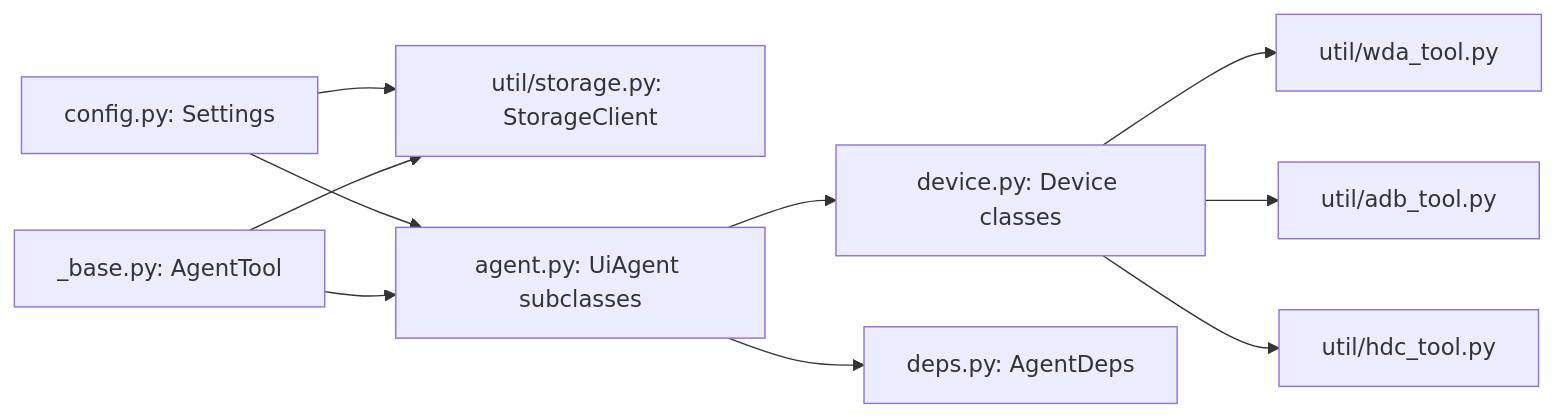
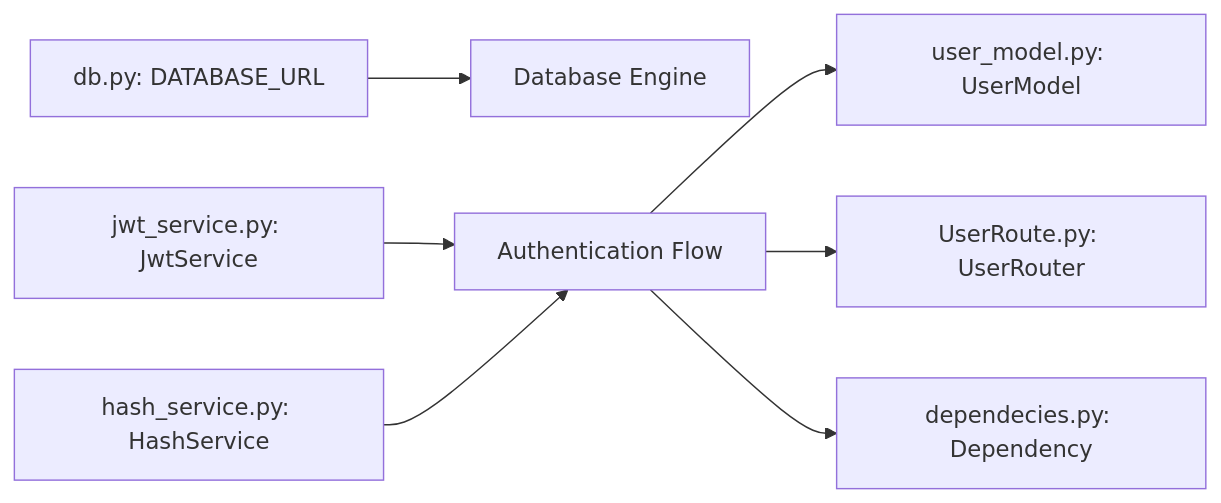
Before and after one commit to srikant-panda/auth-service: the third of 4 diagrams in .qoder/repowiki/en/content/Advanced Topics/Security and Compliance.md, drawn with Mermaid. The commit also changed other lines of this file and 9 other files, not shown here.

````diff
--- a/.qoder/repowiki/en/content/Advanced Topics/Security and Compliance.md
+++ b/.qoder/repowiki/en/content/Advanced Topics/Security and Compliance.md
@@ -314,12 +311,9 @@
 ```mermaid
 graph LR
-CFG["config.py: Settings"] --> ST["util/storage.py: StorageClient"]
-CFG --> AG["agent.py: UiAgent subclasses"]
-AG --> DEV["device.py: Device classes"]
-AG --> DEPS["deps.py: AgentDeps"]
-TB["_base.py: AgentTool"] --> ST
-TB --> AG
-DEV --> WDA["util/wda_tool.py"]
-DEV --> ADB["util/adb_tool.py"]
-DEV --> HDC["util/hdc_tool.py"]
+CFG["db.py: DATABASE_URL"] --> DB["Database Engine"]
+JWT["jwt_service.py: JwtService"] --> AUTH["Authentication Flow"]
+HASH["hash_service.py: HashService"] --> AUTH
+AUTH --> MODELS["user_model.py: UserModel"]
+AUTH --> ROUTES["UserRoute.py: UserRouter"]
+AUTH --> DEPS["dependecies.py: Dependency"]
 ```
````
